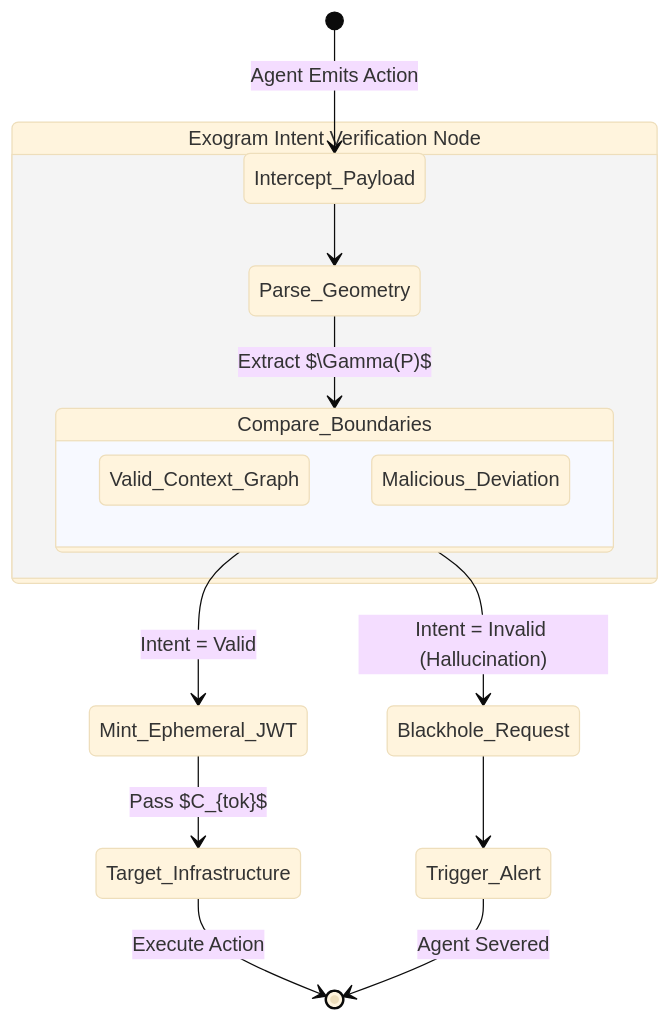
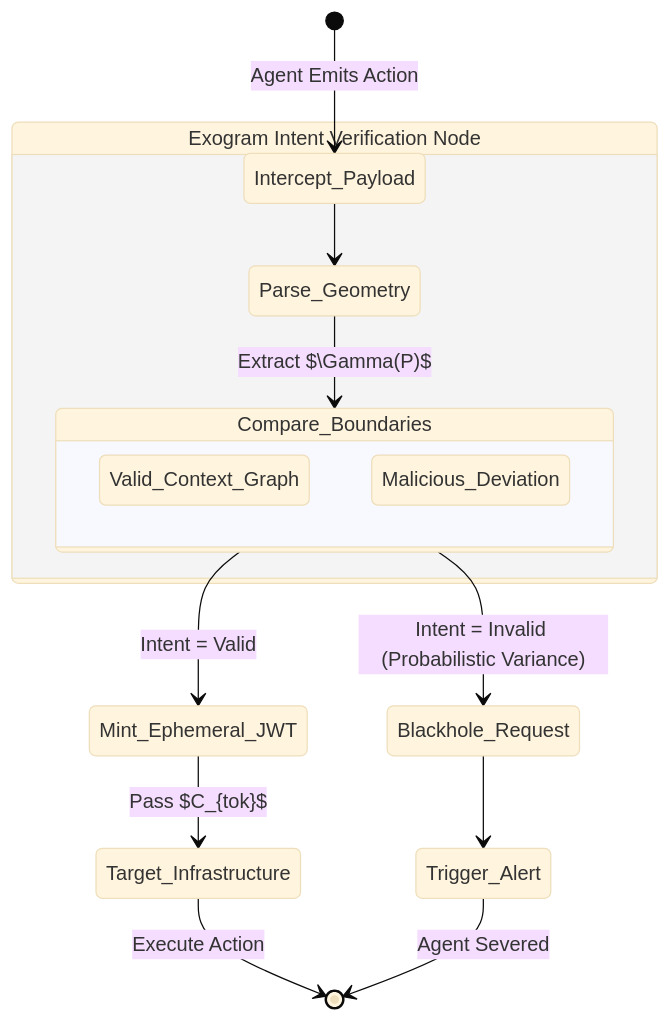
Before and after one commit to Richard-Ewing/exogram-protocol-rfc: the second of 2 diagrams in 0002-intent-based-permissioning.md, drawn with Mermaid (base theme). The commit also changed other lines of this file and 8 other files, not shown here.

````diff
--- a/0002-intent-based-permissioning.md
+++ b/0002-intent-based-permissioning.md
@@ -63,25 +63,25 @@
 ```mermaid
 stateDiagram-v2
     direction TB
     
     [*] --> Intercept_Payload : Agent Emits Action
     
     state "Exogram Intent Verification Node" as EA {
         Intercept_Payload --> Parse_Geometry
         Parse_Geometry --> Compare_Boundaries : Extract $\Gamma(P)$
         
         state Compare_Boundaries {
             Valid_Context_Graph
             Malicious_Deviation
         }
         
     }
     
     Compare_Boundaries --> Mint_Ephemeral_JWT : Intent = Valid
     Mint_Ephemeral_JWT --> Target_Infrastructure : Pass $C_{tok}$
     Target_Infrastructure --> [*] : Execute Action
     
-    Compare_Boundaries --> Blackhole_Request : Intent = Invalid (Hallucination)
+    Compare_Boundaries --> Blackhole_Request : Intent = Invalid (Probabilistic Variance)
     Blackhole_Request --> Trigger_Alert
     Trigger_Alert --> [*] : Agent Severed
 ```
````
